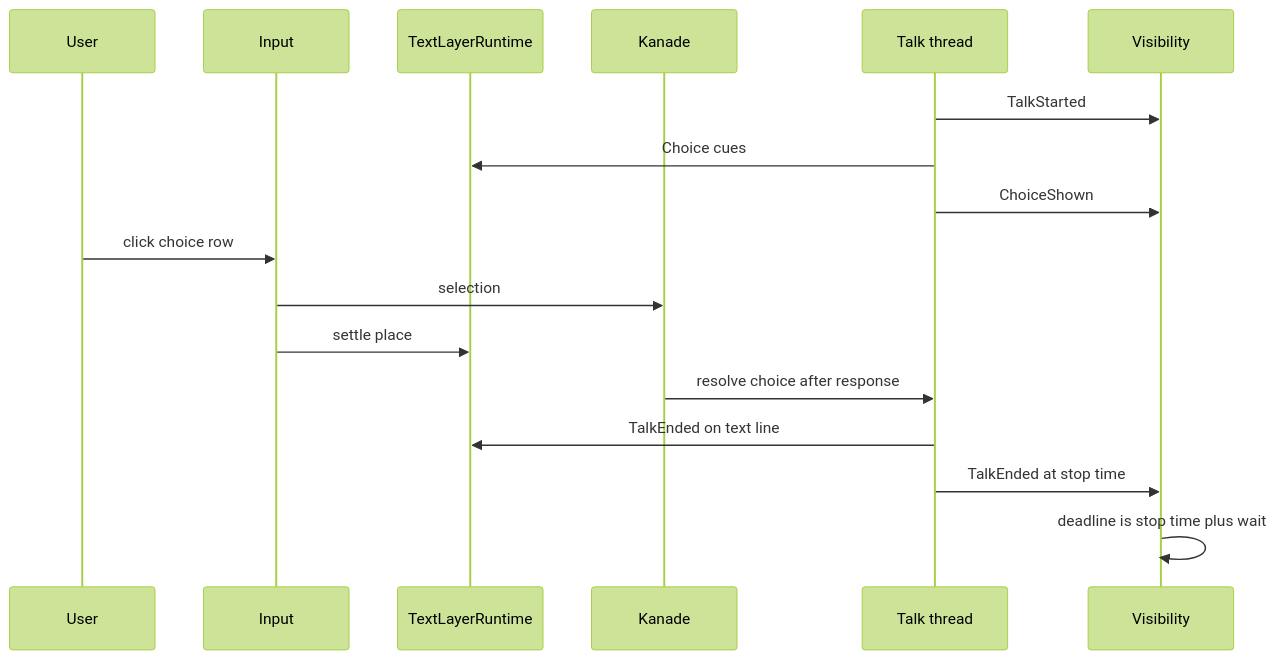
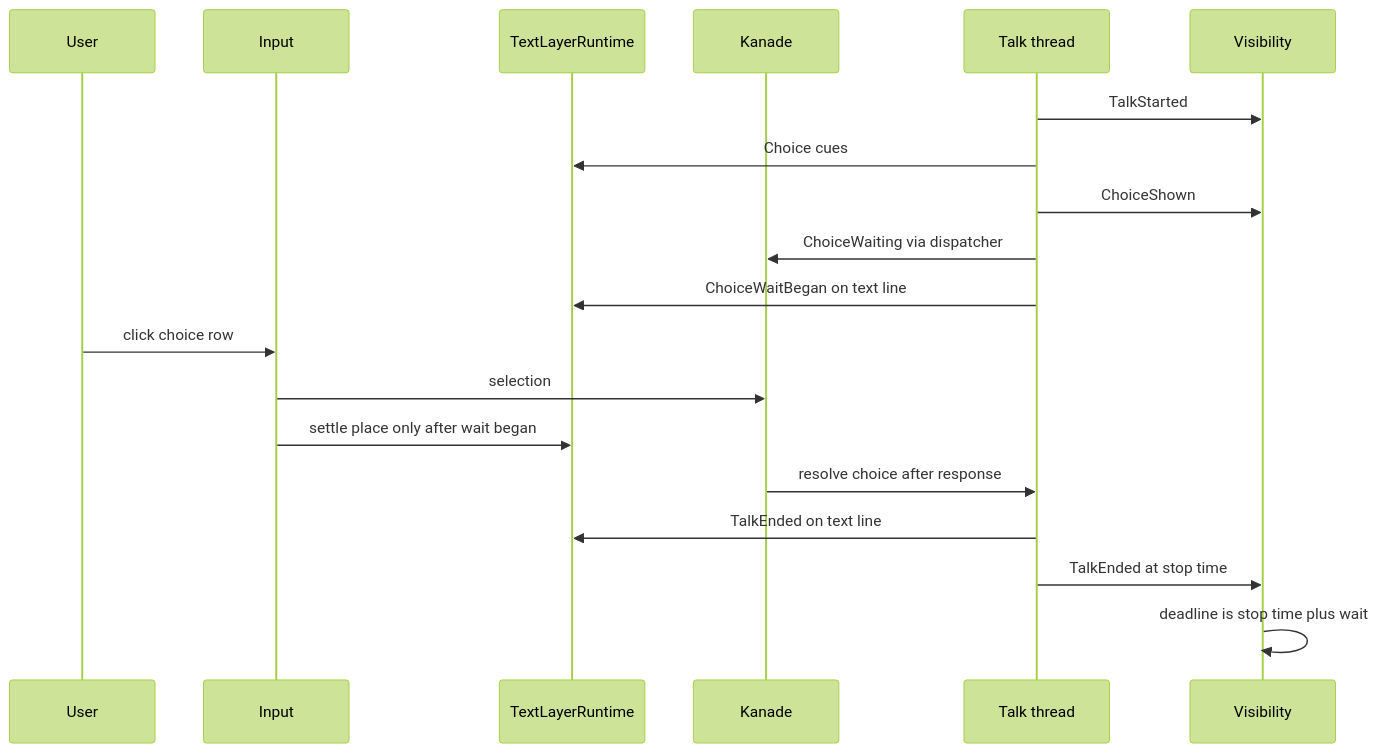
One commit to ekicyou/areka changed the second of 4 diagrams in .kiro/specs/areka-P0-balloon-text-bugs/design.md. Above: the diagram before and after it, drawn with Mermaid (forest theme). The commit also changed other lines of this file and 1 other file, not shown here.

Commit message:
docs(areka-P0-balloon-text-bugs): 設計議題1,2 を推奨案で確定

````diff
--- a/.kiro/specs/areka-P0-balloon-text-bugs/design.md
+++ b/.kiro/specs/areka-P0-balloon-text-bugs/design.md
@@ -179,19 +185,21 @@
 ```mermaid
 sequenceDiagram
     participant User
     participant Input
     participant Runtime as TextLayerRuntime
     participant Kanade
     participant Talk as Talk thread
     participant Vis as Visibility
     Talk->>Vis: TalkStarted
     Talk->>Runtime: Choice cues
     Talk->>Vis: ChoiceShown
+    Talk->>Kanade: ChoiceWaiting via dispatcher
+    Talk->>Runtime: ChoiceWaitBegan on text line
     User->>Input: click choice row
     Input->>Kanade: selection
-    Input->>Runtime: settle place
+    Input->>Runtime: settle place only after wait began
     Kanade->>Talk: resolve choice after response
     Talk->>Runtime: TalkEnded on text line
     Talk->>Vis: TalkEnded at stop time
     Vis->>Vis: deadline is stop time plus wait
 ```
````
